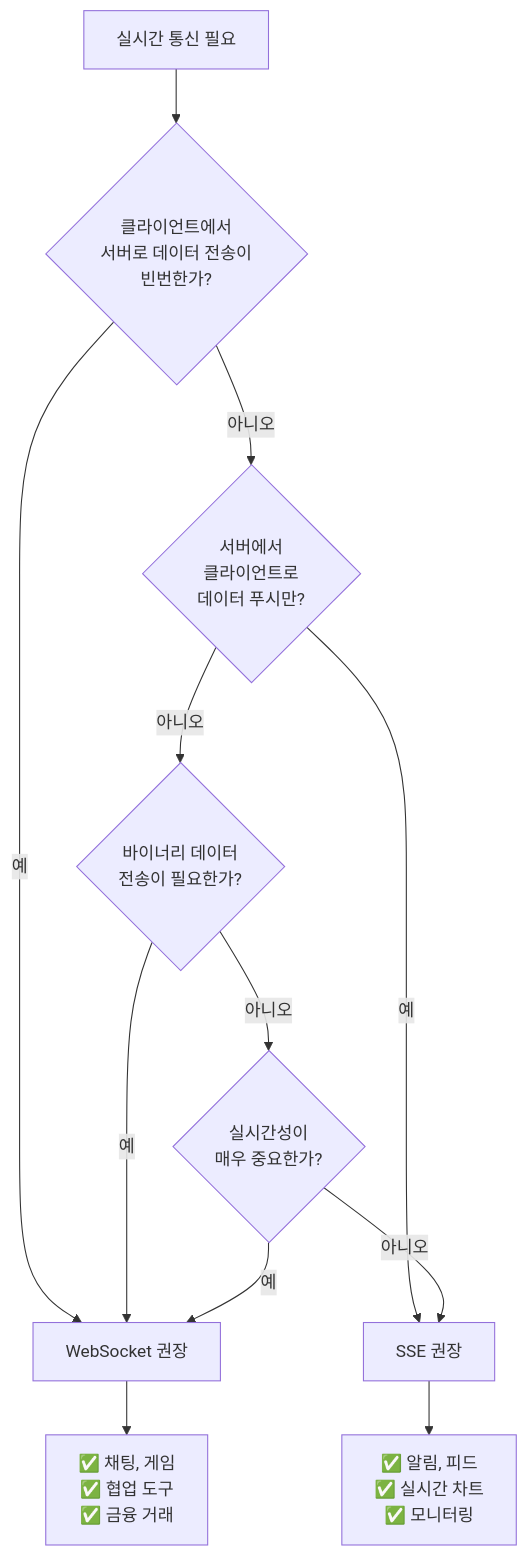
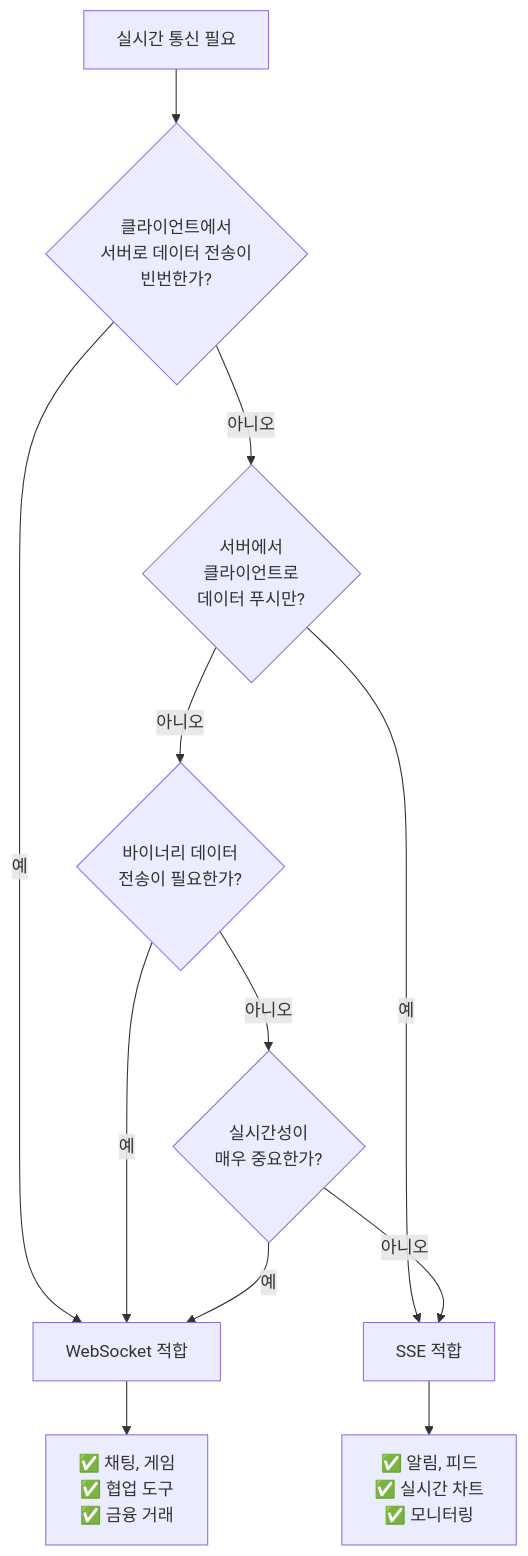
The second of 5 diagrams in content/archive/legacy/Dev/RTC_concepts.md (choisimo/document), drawn with Mermaid before and after one commit. The commit also changed other lines of this file and 432 other files, not shown here.

````diff
--- a/content/archive/legacy/Dev/RTC_concepts.md
+++ b/content/archive/legacy/Dev/RTC_concepts.md
@@ -64,15 +64,15 @@
 ```mermaid
 flowchart TD
     A[실시간 통신 필요] --> B{클라이언트에서<br/>서버로 데이터 전송이<br/>빈번한가?}
-    B -->|예| C[WebSocket 권장]
+    B -->|예| C[WebSocket 적합]
     B -->|아니오| D{서버에서<br/>클라이언트로<br/>데이터 푸시만?}
-    D -->|예| E[SSE 권장]
+    D -->|예| E[SSE 적합]
     D -->|아니오| F{바이너리 데이터<br/>전송이 필요한가?}
     F -->|예| C
     F -->|아니오| G{실시간성이<br/>매우 중요한가?}
     G -->|예| C
     G -->|아니오| E
     
     C --> C1[✅ 채팅, 게임<br/>✅ 협업 도구<br/>✅ 금융 거래]
     E --> E1[✅ 알림, 피드<br/>✅ 실시간 차트<br/>✅ 모니터링]
 ```
````
